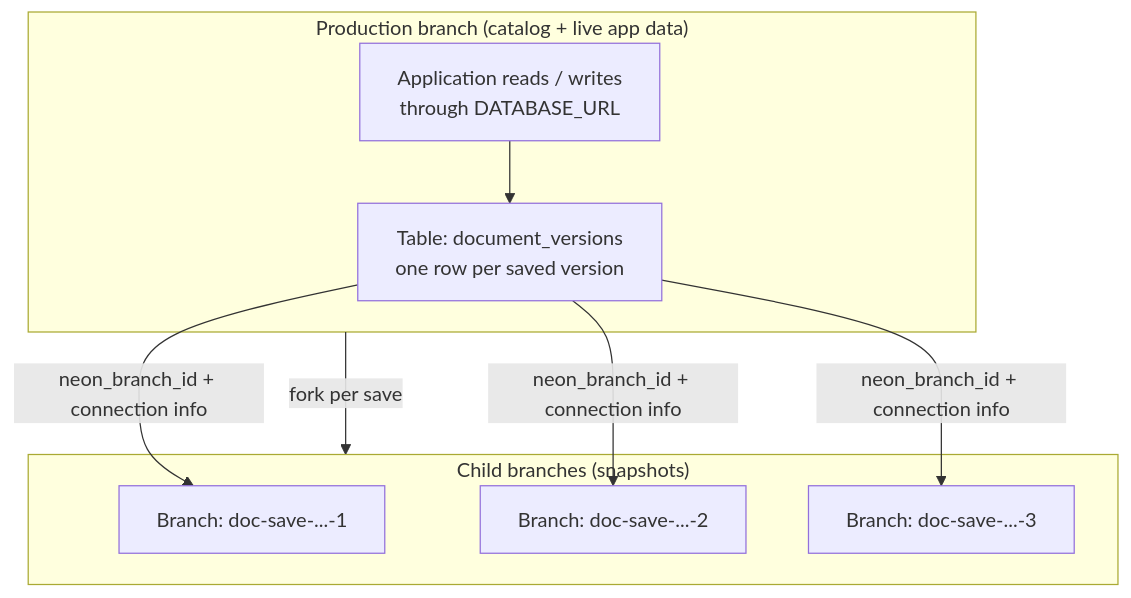
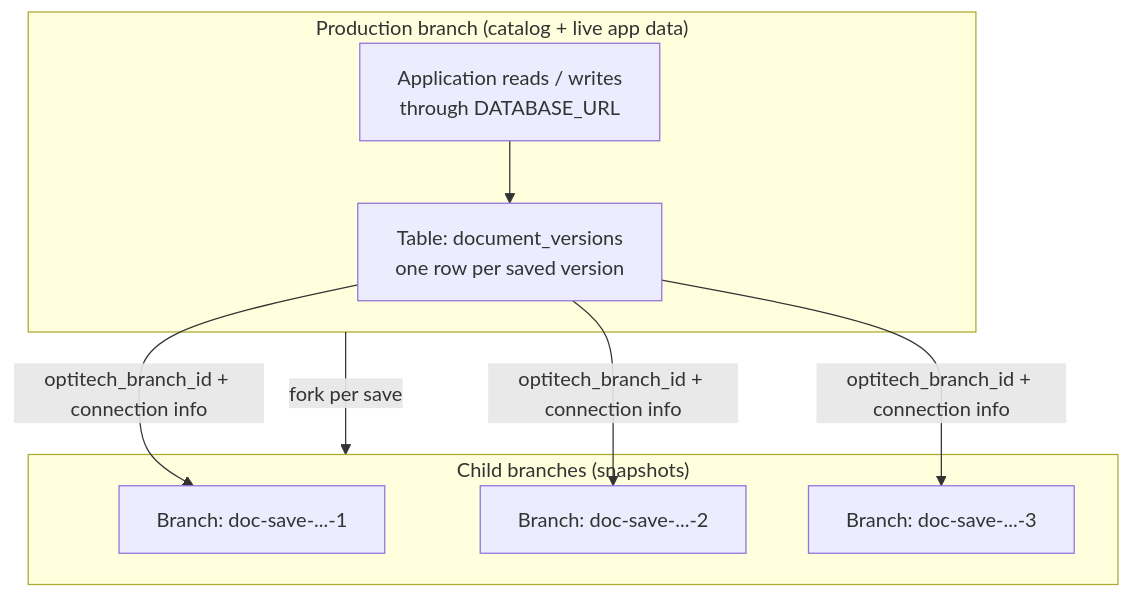
Before and after one commit to prakto-org/optitech-hemsida: the first of 4 diagrams in content/guides/google-docs-style-version-history-neon-branching.md, drawn with Mermaid. The commit also changed other lines of this file and 2084 other files, not shown here.

````diff
--- a/content/guides/google-docs-style-version-history-neon-branching.md
+++ b/content/guides/google-docs-style-version-history-neon-branching.md
@@ -47,19 +47,19 @@
 ```mermaid
 flowchart TB
   subgraph main["Production branch (catalog + live app data)"]
     DV["Table: document_versions<br/>one row per saved version"]
     APP["Application reads / writes<br/>through DATABASE_URL"]
   end
 
   subgraph children["Child branches (snapshots)"]
     B1["Branch: doc-save-...-1"]
     B2["Branch: doc-save-...-2"]
     B3["Branch: doc-save-...-3"]
   end
 
   APP --> DV
-  DV -->|"neon_branch_id + connection info"| B1
-  DV -->|"neon_branch_id + connection info"| B2
-  DV -->|"neon_branch_id + connection info"| B3
+  DV -->|"optitech_branch_id + connection info"| B1
+  DV -->|"optitech_branch_id + connection info"| B2
+  DV -->|"optitech_branch_id + connection info"| B3
   main -->|"fork per save"| children
 ```
````
